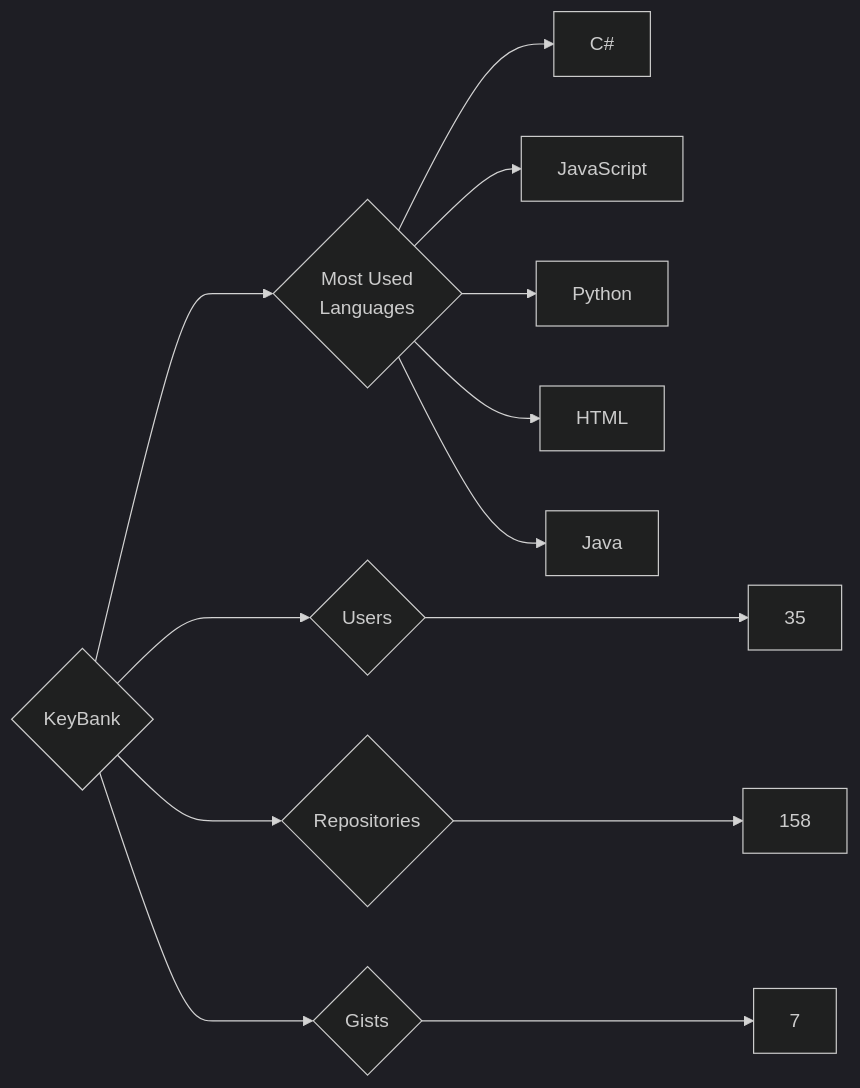
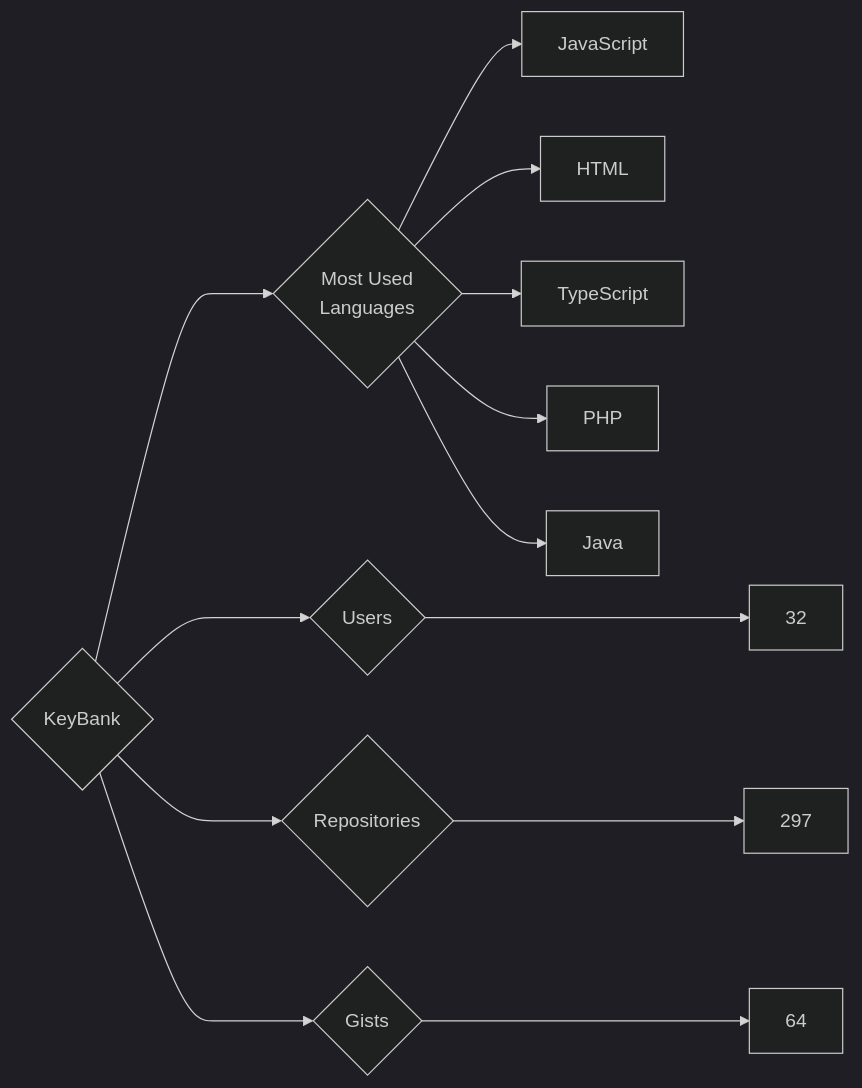
One commit to trickest/insiders changed the diagram in targets/KeyBank/README.md. Above: the diagram before and after it, drawn with Mermaid (dark theme). The commit also changed 629 other files, not shown here.

````diff
--- a/targets/KeyBank/README.md
+++ b/targets/KeyBank/README.md
@@ -3,13 +3,13 @@
 ```mermaid
 graph LR
 COMPANY_NAME{KeyBank}
-COMPANY_NAME ---> U{Users} ---> UN[35]
-COMPANY_NAME ---> R{Repositories} ---> RN[158]
-COMPANY_NAME ---> G{Gists} ---> GN[7]
+COMPANY_NAME ---> U{Users} ---> UN[32]
+COMPANY_NAME ---> R{Repositories} ---> RN[297]
+COMPANY_NAME ---> G{Gists} ---> GN[64]
 COMPANY_NAME ---> ML{Most Used<br>Languages}
-ML --> C#[C#]
 ML --> JavaScript[JavaScript]
-ML --> Python[Python]
 ML --> HTML[HTML]
+ML --> TypeScript[TypeScript]
+ML --> PHP[PHP]
 ML --> Java[Java]
 ```
````
